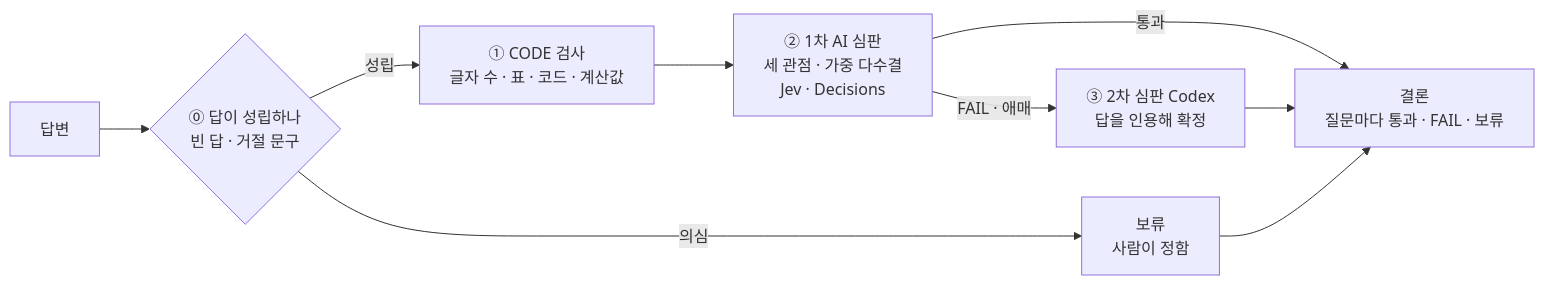
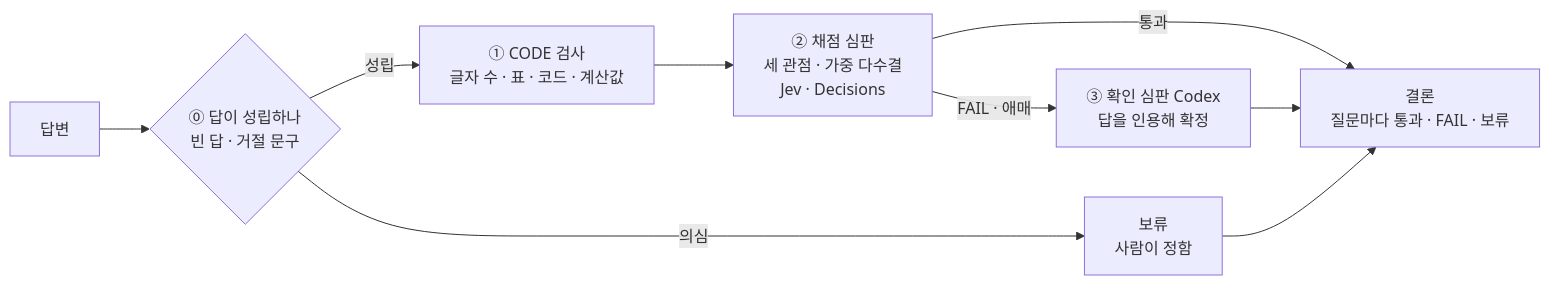
Before and after one commit to yunjae305/ModelGrade: the second of 3 diagrams in README.md, drawn with Mermaid. The commit also changed other lines of this file and 642 other files, not shown here.

````diff
--- a/README.md
+++ b/README.md
@@ -173,11 +224,11 @@
 ```mermaid
 flowchart LR
     A["답변"] --> B{"⓪ 답이 성립하나<br/>빈 답 · 거절 문구"}
     B -- 의심 --> H["보류<br/>사람이 정함"]
     B -- 성립 --> C["① CODE 검사<br/>글자 수 · 표 · 코드 · 계산값"]
-    C --> D["② 1차 AI 심판<br/>세 관점 · 가중 다수결<br/>Jev · Decisions"]
+    C --> D["② 채점 심판<br/>세 관점 · 가중 다수결<br/>Jev · Decisions"]
     D -- 통과 --> R["결론<br/>질문마다 통과 · FAIL · 보류"]
-    D -- "FAIL · 애매" --> E["③ 2차 심판 Codex<br/>답을 인용해 확정"]
+    D -- "FAIL · 애매" --> E["③ 확인 심판 Codex<br/>답을 인용해 확정"]
     E --> R
     H --> R
 ```
````
